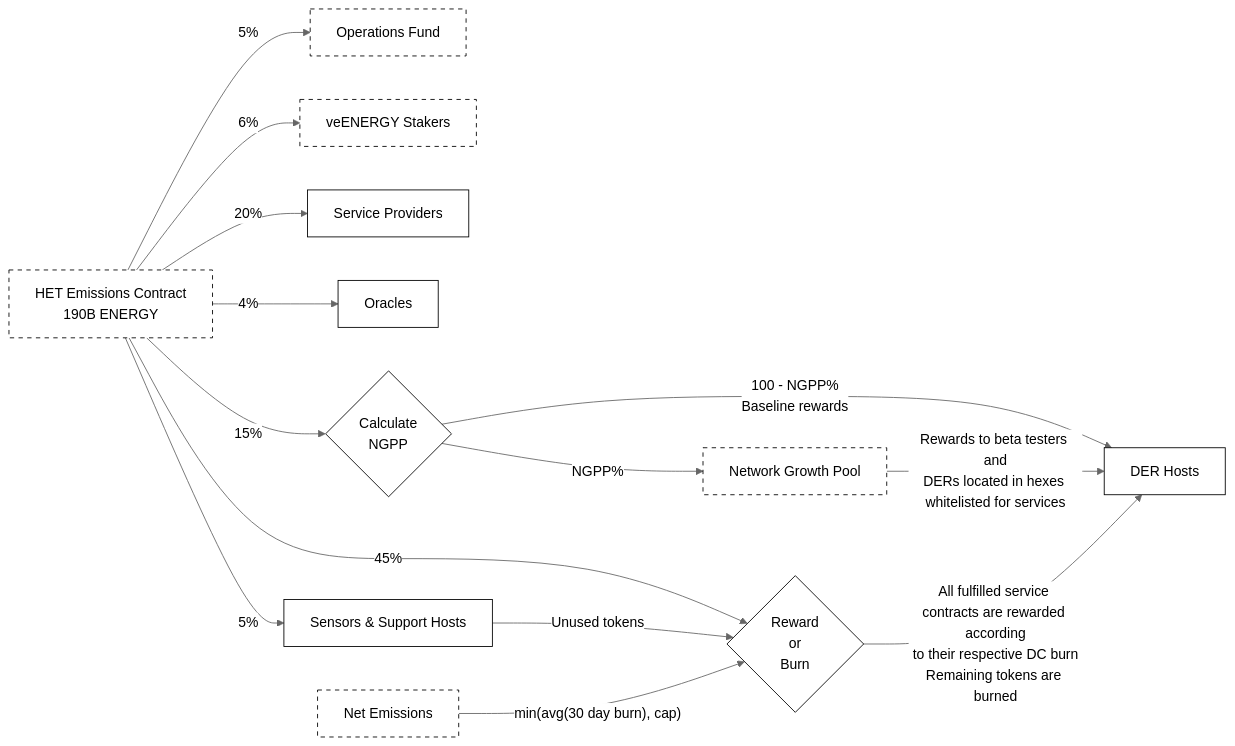
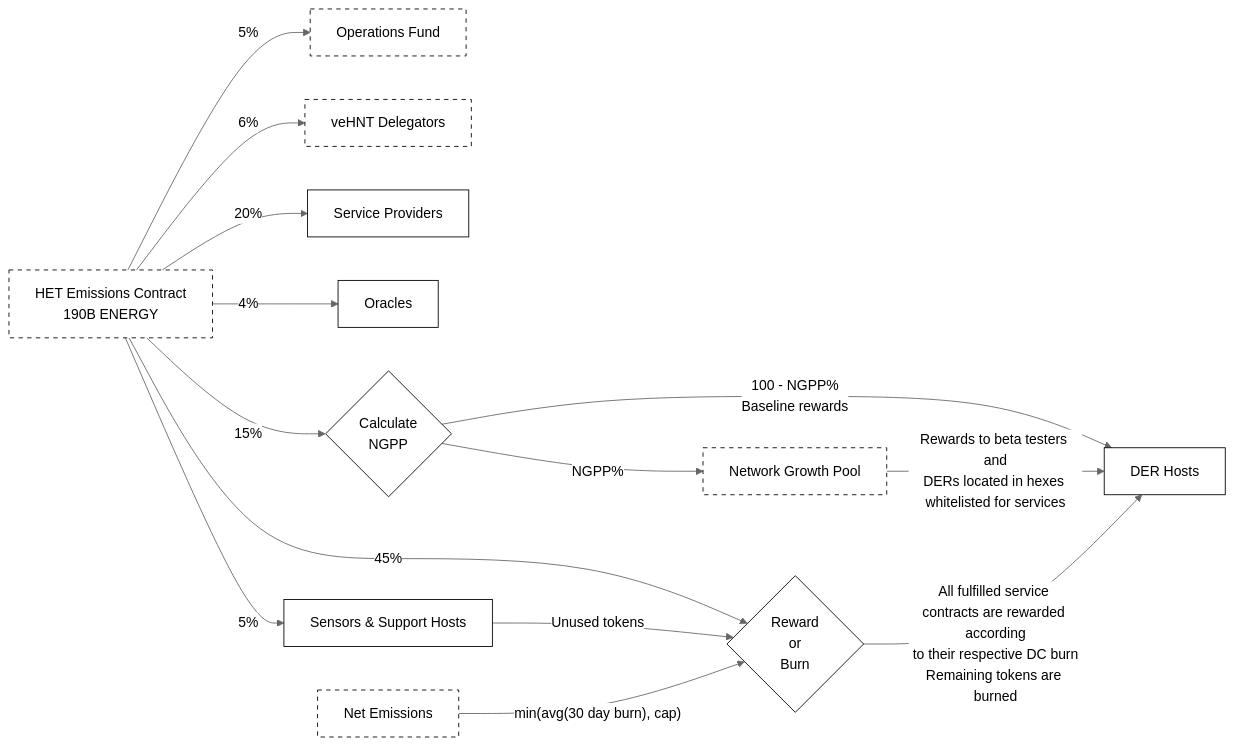
One commit to helium/HIP changed the diagram in 0128-energy-subnetwork.md. Above: the diagram before and after it, drawn with Mermaid. The commit also changed other lines of this file, not shown here.

````diff
--- a/0128-energy-subnetwork.md
+++ b/0128-energy-subnetwork.md
@@ -119,43 +116,43 @@
 ```mermaid
 %%{init: {'theme': 'neutral'}}%%
 flowchart LR
     HETEmissions[HET Emissions Contract\n190B ENERGY]:::dashed
 
     OperationsFund[Operations Fund]:::dashed
-    veENERGYStakers[veENERGY Stakers]:::dashed
+    veHNTDelegators[veHNT Delegators]:::dashed
     RewardOrBurn{Reward\nor\nBurn}:::standard
     NetworkGrowthPool[Network Growth Pool]:::dashed
     ServiceProviders[Service Providers]:::standard
     Oracles[Oracles]:::standard
     SensorsSupportHosts[Sensors & Support Hosts]:::standard
     DERHosts[DER Hosts]:::standard
     BaselineRewards{Calculate\nNGPP}:::standard
     NetEmissions[Net Emissions]:::dashed
-    
+
     classDef dashed fill:#ffffff,stroke:#000000,stroke-dasharray: 5 5
     classDef standard fill:#ffffff,stroke:#000000
 
     HETEmissions -->|5%|OperationsFund
-    HETEmissions -->|6%|veENERGYStakers
+    HETEmissions -->|6%|veHNTDelegators
     HETEmissions -->|45%|RewardOrBurn
-    
+
     HETEmissions -->|15%|BaselineRewards
-    
+
     BaselineRewards --> |100 - NGPP%\nBaseline rewards|DERHosts
     BaselineRewards -->|NGPP%|NetworkGrowthPool
-    
+
     NetworkGrowthPool -- Rewards to beta testers and\nDERs located in hexes whitelisted for services --> DERHosts
 
     HETEmissions -->|20%|ServiceProviders
     HETEmissions -->|5%|SensorsSupportHosts
     HETEmissions -->|4%|Oracles
     SensorsSupportHosts --> |Unused tokens|RewardOrBurn
 
-    NetEmissions --> |min#40;avg#40;30 day burn#41;, cap#41;|RewardOrBurn 
+    NetEmissions --> |min#40;avg#40;30 day burn#41;, cap#41;|RewardOrBurn
 
 
     RewardOrBurn -->|All fulfilled service contracts are rewarded according\n to their respective DC burn Remaining tokens are burned|DERHosts
 
 
 
 ```
````
